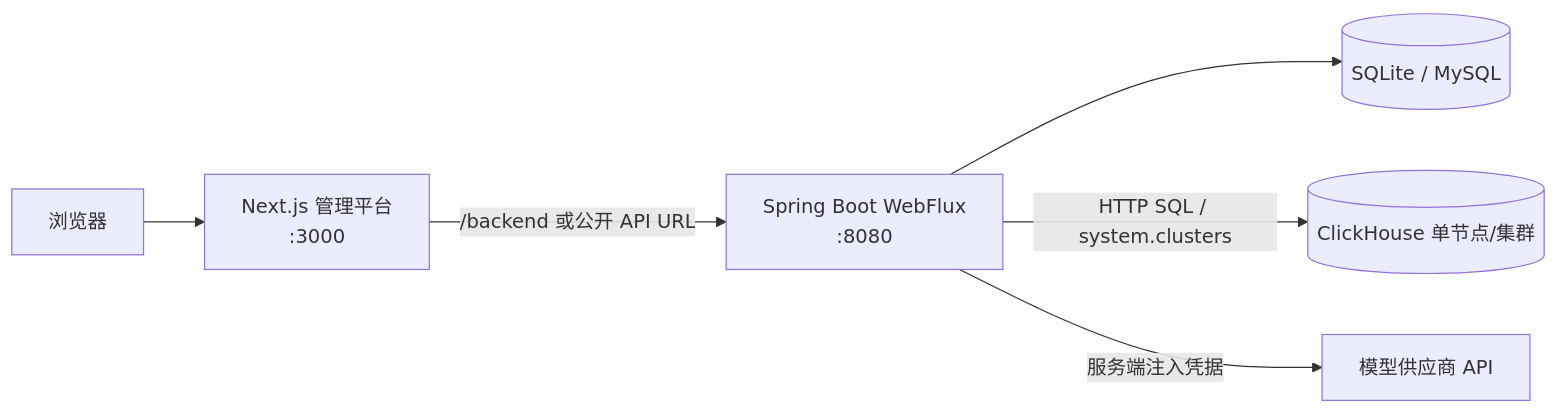
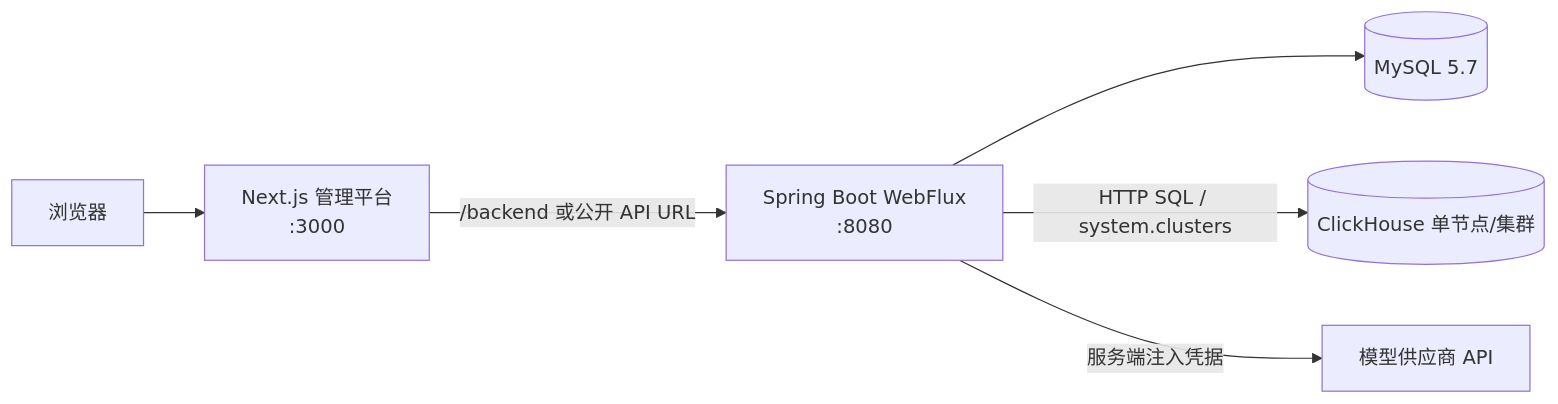
Before and after one commit to CCweixiao/datastoria-server: the first of 4 diagrams in docs/architecture/overview.md, drawn with Mermaid. The commit also changed other lines of this file and 177 other files, not shown here.

````diff
--- a/docs/architecture/overview.md
+++ b/docs/architecture/overview.md
@@ -8,15 +8,15 @@
 ```mermaid
 flowchart LR
     U["浏览器"]
     F["Next.js 管理平台<br/>:3000"]
     J["Spring Boot WebFlux<br/>:8080"]
-    DB[("SQLite / MySQL")]
+    DB[("MySQL 5.7")]
     CK[("ClickHouse 单节点/集群")]
     LLM["模型供应商 API"]
 
     U --> F
     F -->|"/backend 或公开 API URL"| J
     J --> DB
     J -->|"HTTP SQL / system.clusters"| CK
     J -->|"服务端注入凭据"| LLM
 ```
````
